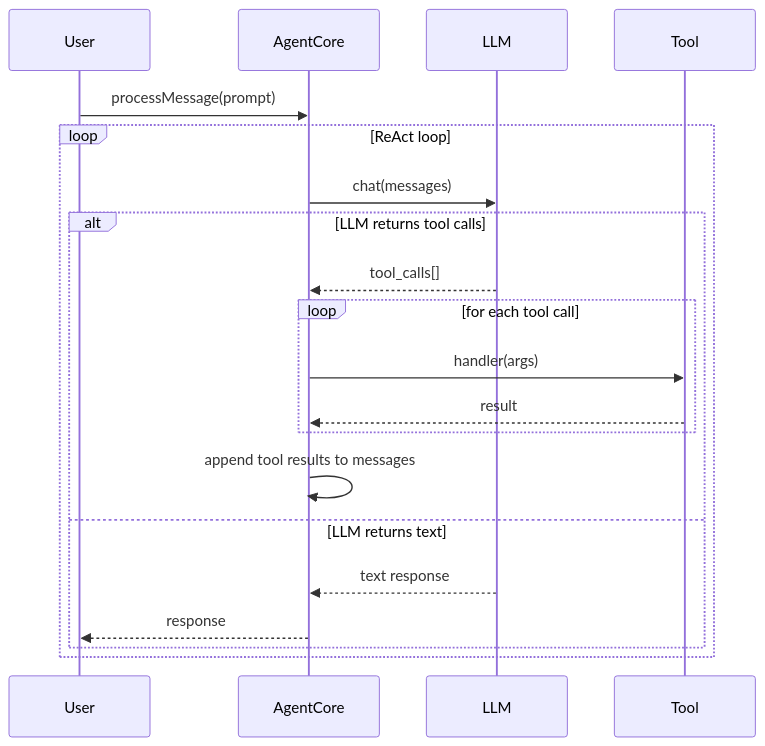
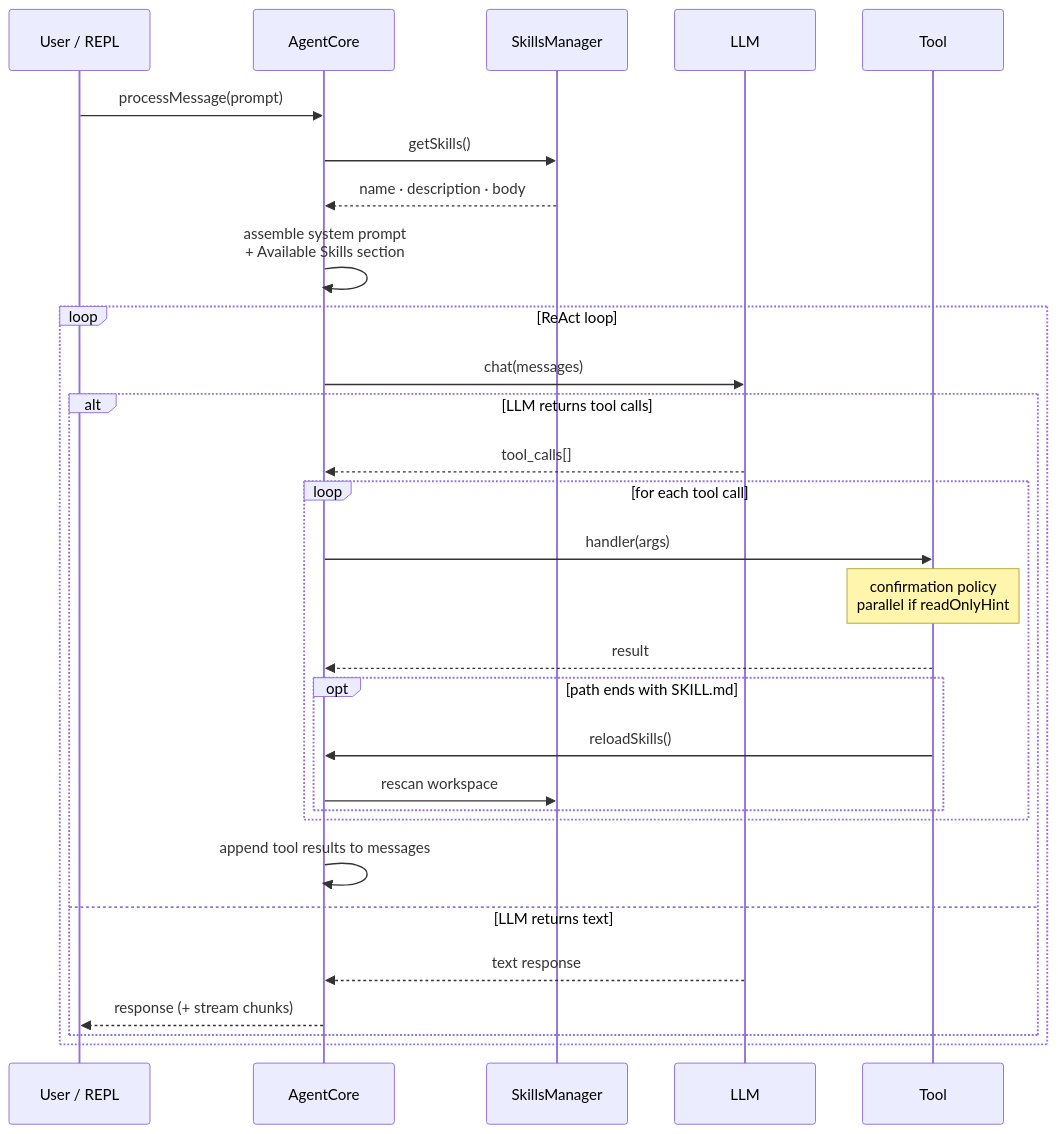
One commit to Algiras/ak-coder changed the second of 13 diagrams in website/docs/architecture/flows.md. Above: the diagram before and after it, drawn with Mermaid. The commit also changed other lines of this file and 11 other files, not shown here.

First line of the commit message:
docs: document 0.1.8 skills, sessions, and architecture flows (#20)

````diff
--- a/website/docs/architecture/flows.md
+++ b/website/docs/architecture/flows.md
@@ -11,23 +63,33 @@
 ```mermaid
 sequenceDiagram
-    participant U as User
+    participant U as User / REPL
     participant A as AgentCore
+    participant S as SkillsManager
     participant L as LLM
     participant T as Tool
 
     U->>A: processMessage(prompt)
+    A->>S: getSkills()
+    S-->>A: name · description · body
+    A->>A: assemble system prompt<br/>+ Available Skills section
+
     loop ReAct loop
         A->>L: chat(messages)
         alt LLM returns tool calls
             L-->>A: tool_calls[]
             loop for each tool call
                 A->>T: handler(args)
+                Note over T: confirmation policy<br/>parallel if readOnlyHint
                 T-->>A: result
+                opt path ends with SKILL.md
+                    T->>A: reloadSkills()
+                    A->>S: rescan workspace
+                end
             end
             A->>A: append tool results to messages
         else LLM returns text
             L-->>A: text response
-            A-->>U: response
+            A-->>U: response (+ stream chunks)
         end
     end
 ```
````
